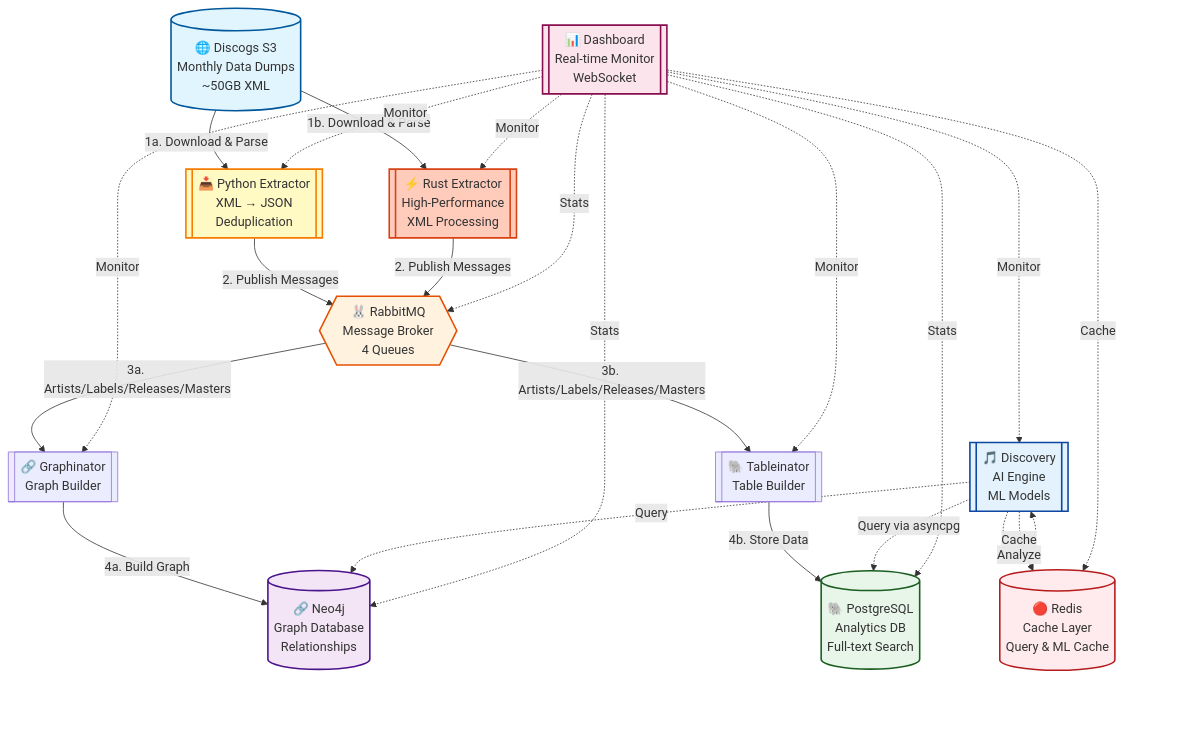
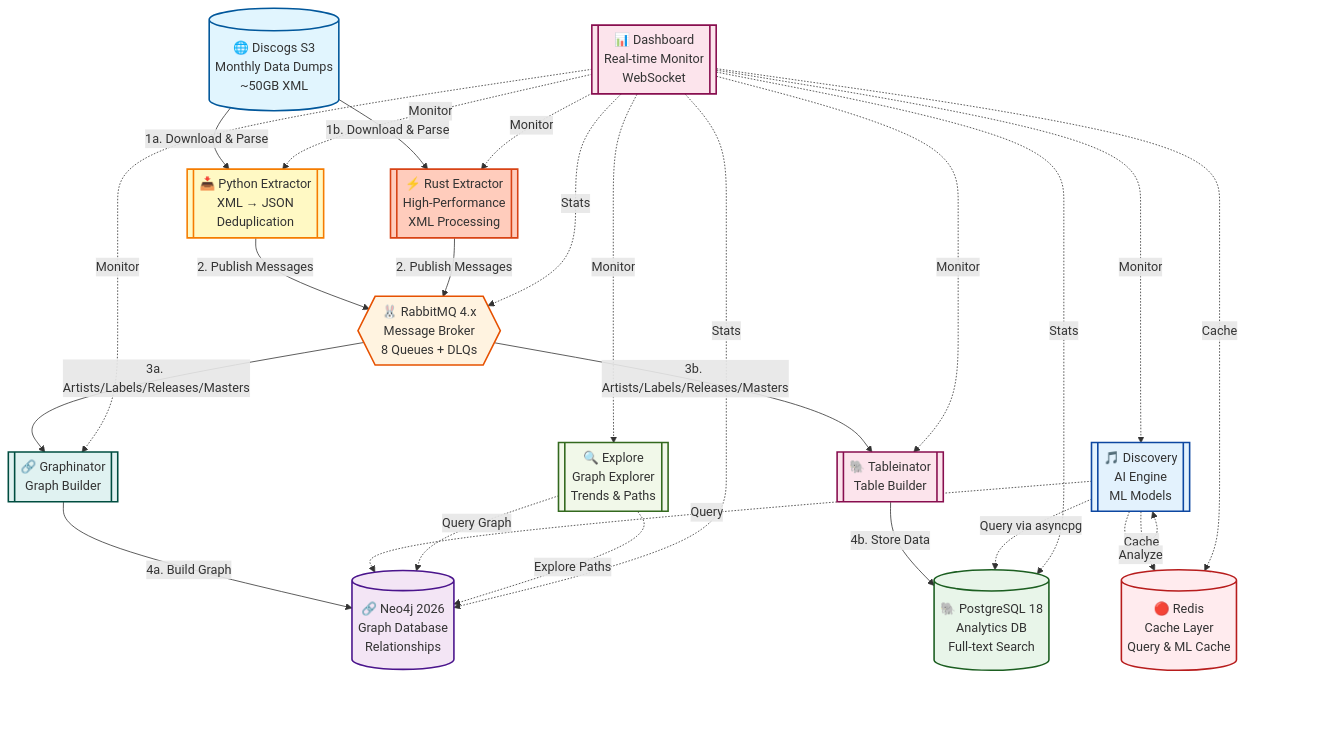
Before and after one commit to groovemap-music/deployment: the first of 2 diagrams in docs/architecture.md, drawn with Mermaid. The commit also changed other lines of this file and 3 other files, not shown here.

````diff
--- a/docs/architecture.md
+++ b/docs/architecture.md
@@ -39,48 +40,56 @@
 ```mermaid
 graph TD
     S3[("🌐 Discogs S3<br/>Monthly Data Dumps<br/>~50GB XML")]
     PYEXT[["📥 Python Extractor<br/>XML → JSON<br/>Deduplication"]]
     RSEXT[["⚡ Rust Extractor<br/>High-Performance<br/>XML Processing"]]
-    RMQ{{"🐰 RabbitMQ<br/>Message Broker<br/>4 Queues"}}
-    NEO4J[("🔗 Neo4j<br/>Graph Database<br/>Relationships")]
-    PG[("🐘 PostgreSQL<br/>Analytics DB<br/>Full-text Search")]
+    RMQ{{"🐰 RabbitMQ 4.x<br/>Message Broker<br/>8 Queues + DLQs"}}
+    NEO4J[("🔗 Neo4j 2026<br/>Graph Database<br/>Relationships")]
+    PG[("🐘 PostgreSQL 18<br/>Analytics DB<br/>Full-text Search")]
     REDIS[("🔴 Redis<br/>Cache Layer<br/>Query & ML Cache")]
     GRAPH[["🔗 Graphinator<br/>Graph Builder"]]
     TABLE[["🐘 Tableinator<br/>Table Builder"]]
     DASH[["📊 Dashboard<br/>Real-time Monitor<br/>WebSocket"]]
     DISCO[["🎵 Discovery<br/>AI Engine<br/>ML Models"]]
+    EXPLORE[["🔍 Explore<br/>Graph Explorer<br/>Trends & Paths"]]
 
     S3 -->|1a. Download & Parse| PYEXT
     S3 -->|1b. Download & Parse| RSEXT
     PYEXT -->|2. Publish Messages| RMQ
     RSEXT -->|2. Publish Messages| RMQ
     RMQ -->|3a. Artists/Labels/Releases/Masters| GRAPH
     RMQ -->|3b. Artists/Labels/Releases/Masters| TABLE
     GRAPH -->|4a. Build Graph| NEO4J
     TABLE -->|4b. Store Data| PG
 
     DISCO -.->|Query| NEO4J
     DISCO -.->|Query via asyncpg| PG
     DISCO -.->|Cache| REDIS
     DISCO -.->|Analyze| DISCO
 
+    EXPLORE -.->|Query Graph| NEO4J
+    EXPLORE -.->|Explore Paths| NEO4J
+
     DASH -.->|Monitor| PYEXT
     DASH -.->|Monitor| RSEXT
     DASH -.->|Monitor| GRAPH
     DASH -.->|Monitor| TABLE
     DASH -.->|Monitor| DISCO
+    DASH -.->|Monitor| EXPLORE
     DASH -.->|Cache| REDIS
     DASH -.->|Stats| RMQ
     DASH -.->|Stats| NEO4J
     DASH -.->|Stats| PG
 
     style S3 fill:#e1f5fe,stroke:#01579b,stroke-width:2px
     style PYEXT fill:#fff9c4,stroke:#f57c00,stroke-width:2px
     style RSEXT fill:#ffccbc,stroke:#d84315,stroke-width:2px
     style RMQ fill:#fff3e0,stroke:#e65100,stroke-width:2px
     style NEO4J fill:#f3e5f5,stroke:#4a148c,stroke-width:2px
     style PG fill:#e8f5e9,stroke:#1b5e20,stroke-width:2px
     style REDIS fill:#ffebee,stroke:#b71c1c,stroke-width:2px
     style DASH fill:#fce4ec,stroke:#880e4f,stroke-width:2px
     style DISCO fill:#e3f2fd,stroke:#0d47a1,stroke-width:2px
+    style EXPLORE fill:#f1f8e9,stroke:#33691e,stroke-width:2px
+    style GRAPH fill:#e0f2f1,stroke:#004d40,stroke-width:2px
+    style TABLE fill:#fce4ec,stroke:#880e4f,stroke-width:2px
 ```
````
